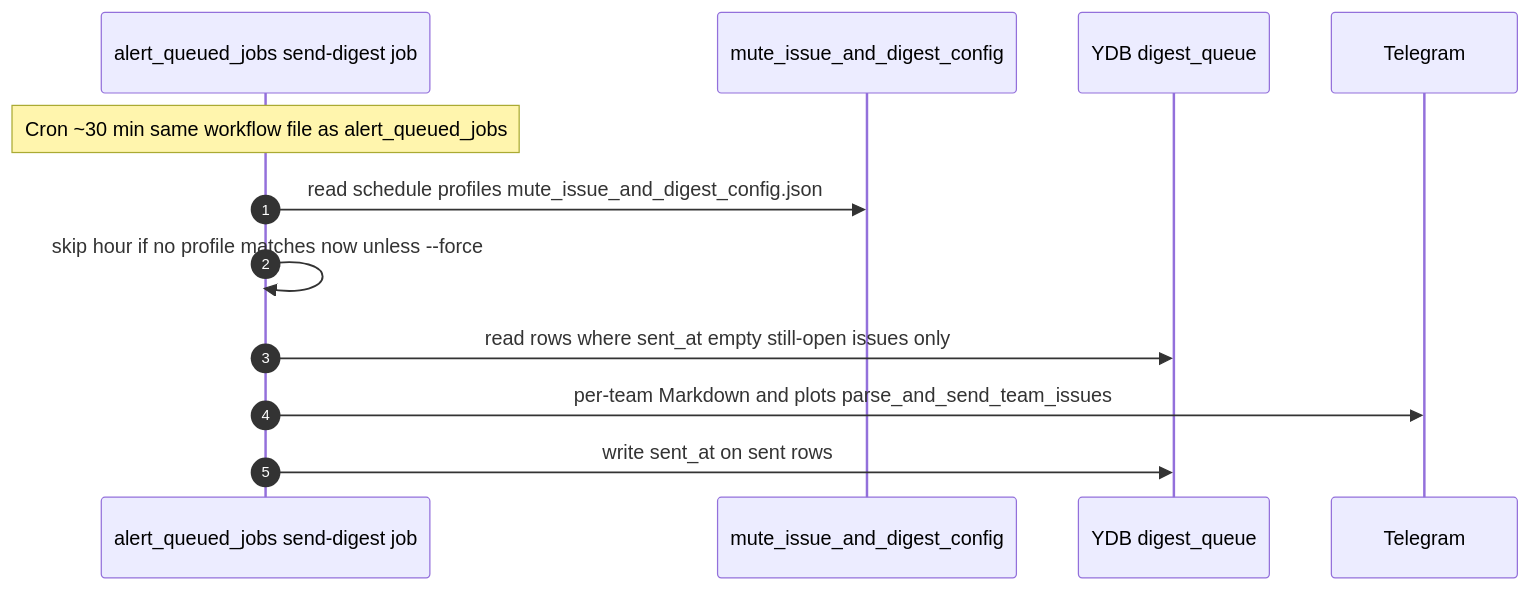
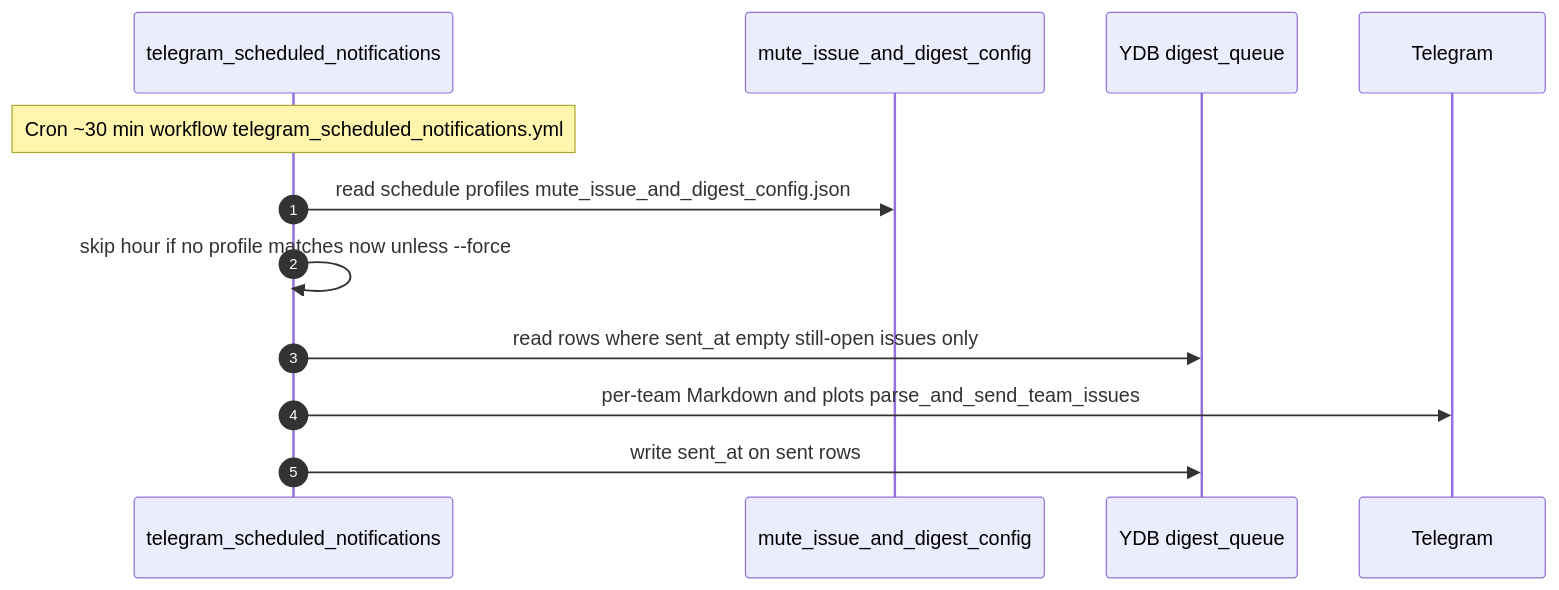
One commit to ydb-platform/ydb changed the fourth of 4 diagrams in .github/config/mute_rules.md. Above: the diagram before and after it, drawn with Mermaid. The commit also changed other lines of this file and 4 other files, not shown here.

````diff
--- a/.github/config/mute_rules.md
+++ b/.github/config/mute_rules.md
@@ -268,15 +268,15 @@
 ```mermaid
 sequenceDiagram
     autonumber
-    participant AJ as alert_queued_jobs send-digest job
+    participant AJ as telegram_scheduled_notifications
     participant CFG as mute_issue_and_digest_config
     participant YDB as YDB digest_queue
     participant TG as Telegram
 
-    Note over AJ: Cron ~30 min same workflow file as alert_queued_jobs
+    Note over AJ: Cron ~30 min workflow telegram_scheduled_notifications.yml
     AJ->>CFG: read schedule profiles mute_issue_and_digest_config.json
     AJ->>AJ: skip hour if no profile matches now unless --force
     AJ->>YDB: read rows where sent_at empty still-open issues only
     AJ->>TG: per-team Markdown and plots parse_and_send_team_issues
     AJ->>YDB: write sent_at on sent rows
 ```
````
